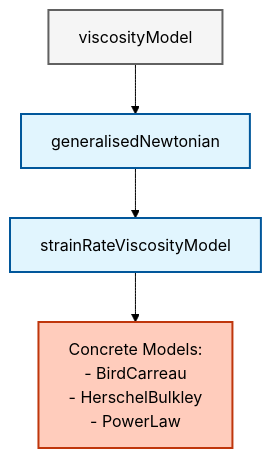
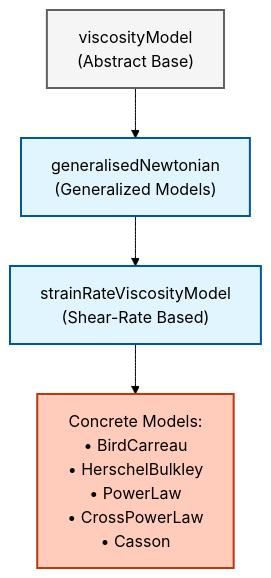
Before and after one commit to wramet/build-my-cfd: the second of 2 diagrams in MODULE_06_ADVANCED_PHYSICS/CONTENT/04_NON_NEWTONIAN_FLUIDS/01_Non_Newtonian_Fundamentals.md, drawn with Mermaid (forest theme). The commit also changed other lines of this file and 107 other files, not shown here.

````diff
--- a/MODULE_06_ADVANCED_PHYSICS/CONTENT/04_NON_NEWTONIAN_FLUIDS/01_Non_Newtonian_Fundamentals.md
+++ b/MODULE_06_ADVANCED_PHYSICS/CONTENT/04_NON_NEWTONIAN_FLUIDS/01_Non_Newtonian_Fundamentals.md
@@ -278,12 +269,13 @@
 ```mermaid
 graph TD
-classDef implicit fill:#e1f5fe,stroke:#01579b,stroke-width:2px
-classDef explicit fill:#ffccbc,stroke:#bf360c,stroke-width:2px
-classDef context fill:#f5f5f5,stroke:#616161,stroke-width:2px
-Base["viscosityModel"]:::context
-Gen["generalisedNewtonian"]:::implicit
-Strain["strainRateViscosityModel"]:::implicit
-Models["Concrete Models:<br/>- BirdCarreau<br/>- HerschelBulkley<br/>- PowerLaw"]:::explicit
+classDef base fill:#f5f5f5,stroke:#616161,stroke-width:2px
+classDef abstract fill:#e1f5fe,stroke:#01579b,stroke-width:2px
+classDef concrete fill:#ffccbc,stroke:#bf360c,stroke-width:2px
+
+Base["viscosityModel<br/>(Abstract Base)"]:::base
+Gen["generalisedNewtonian<br/>(Generalized Models)"]:::abstract
+Strain["strainRateViscosityModel<br/>(Shear-Rate Based)"]:::abstract
+Models["Concrete Models:<br/>• BirdCarreau<br/>• HerschelBulkley<br/>• PowerLaw<br/>• CrossPowerLaw<br/>• Casson"]:::concrete
 
 Base --> Gen --> Strain --> Models
 ```
````
